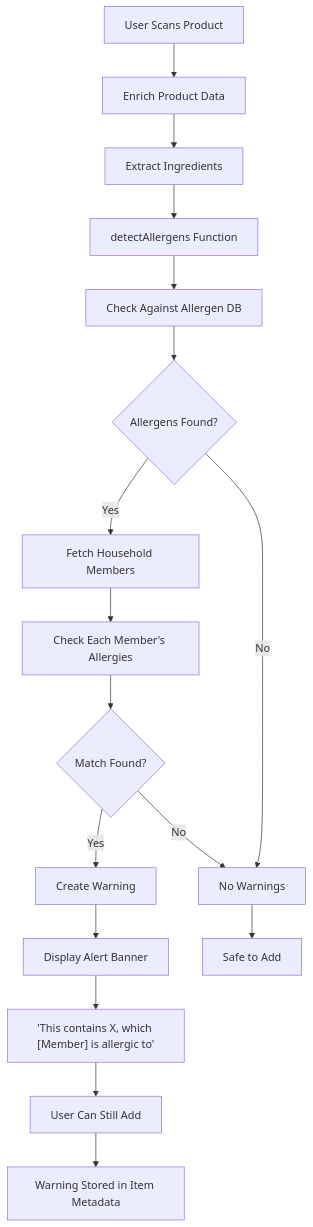
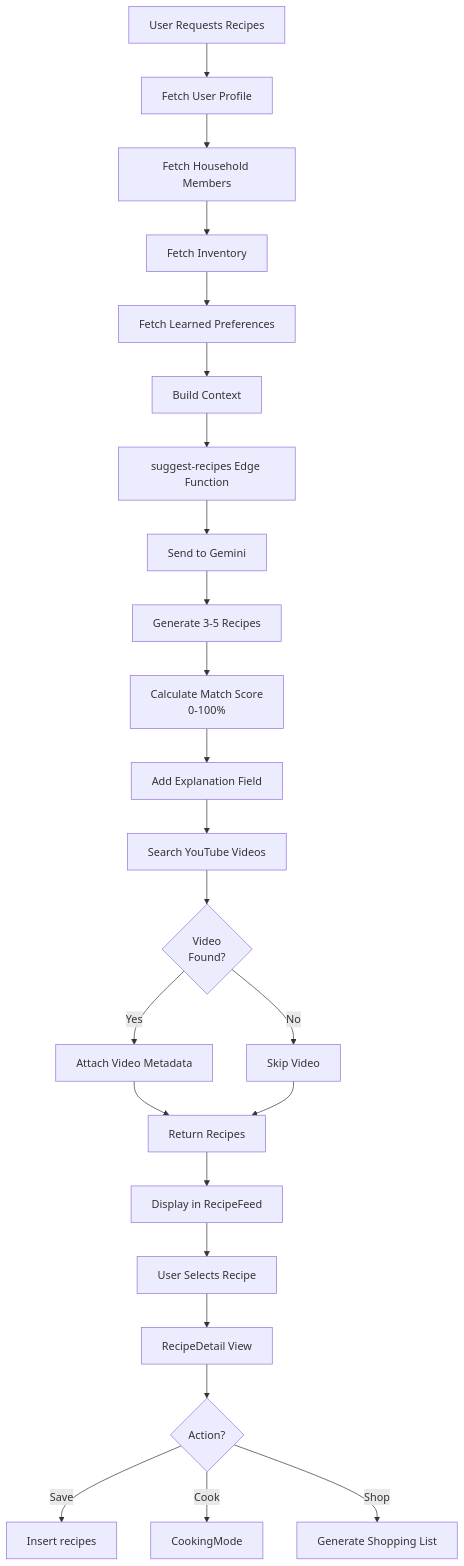
One commit to Viraj-FG/Techcentral changed the tenth of 14 diagrams in MASTER_DOCS.md. Above: the diagram before and after it, drawn with Mermaid. The commit also changed other lines of this file, not shown here.

````diff
--- a/MASTER_DOCS.md
+++ b/MASTER_DOCS.md
@@ -4795,20 +5214,31 @@
 ```mermaid
-graph TD
-    A[User Scans Product] --> B[Enrich Product Data]
-    B --> C[Extract Ingredients]
-    C --> D[detectAllergens Function]
-    D --> E[Check Against Allergen DB]
-    E --> F{Allergens Found?}
-    F -->|Yes| G[Fetch Household Members]
-    G --> H[Check Each Member's Allergies]
-    H --> I{Match Found?}
-    I -->|Yes| J[Create Warning]
-    J --> K[Display Alert Banner]
-    K --> L["'This contains X, which [Member] is allergic to'"]
-    L --> M[User Can Still Add]
-    M --> N[Warning Stored in Item Metadata]
+flowchart TD
+    A[User Requests Recipes] --> B[Fetch User Profile]
+    B --> C[Fetch Household Members]
+    C --> D[Fetch Inventory]
+    D --> E[Fetch Learned Preferences]
     
-    F -->|No| O[No Warnings]
-    I -->|No| O
-    O --> P[Safe to Add]
+    E --> F[Build Context]
+    F --> G[suggest-recipes Edge Function]
+    G --> H[Send to Gemini]
+    
+    H --> I[Generate 3-5 Recipes]
+    I --> J[Calculate Match Score<br/>0-100%]
+    J --> K[Add Explanation Field]
+    K --> L[Search YouTube Videos]
+    
+    L --> M{Video<br/>Found?}
+    M -->|Yes| N[Attach Video Metadata]
+    M -->|No| O[Skip Video]
+    
+    N --> P[Return Recipes]
+    O --> P
+    P --> Q[Display in RecipeFeed]
+    Q --> R[User Selects Recipe]
+    R --> S[RecipeDetail View]
+    S --> T{Action?}
+    
+    T -->|Save| U[Insert recipes]
+    T -->|Cook| V[CookingMode]
+    T -->|Shop| W[Generate Shopping List]
 ```
````
